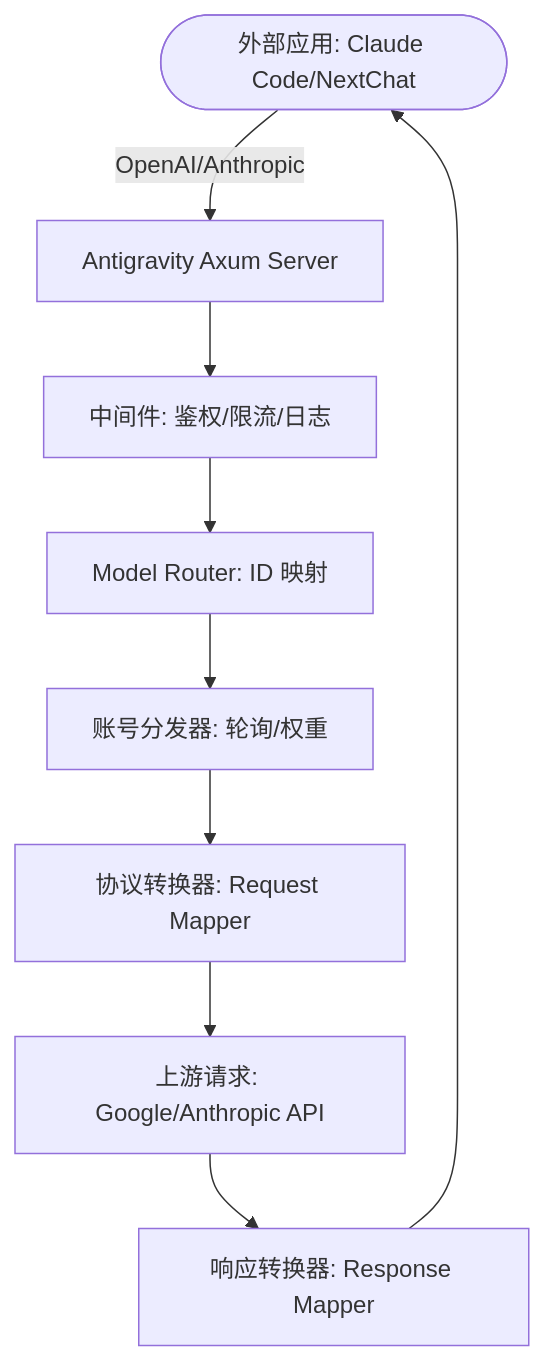
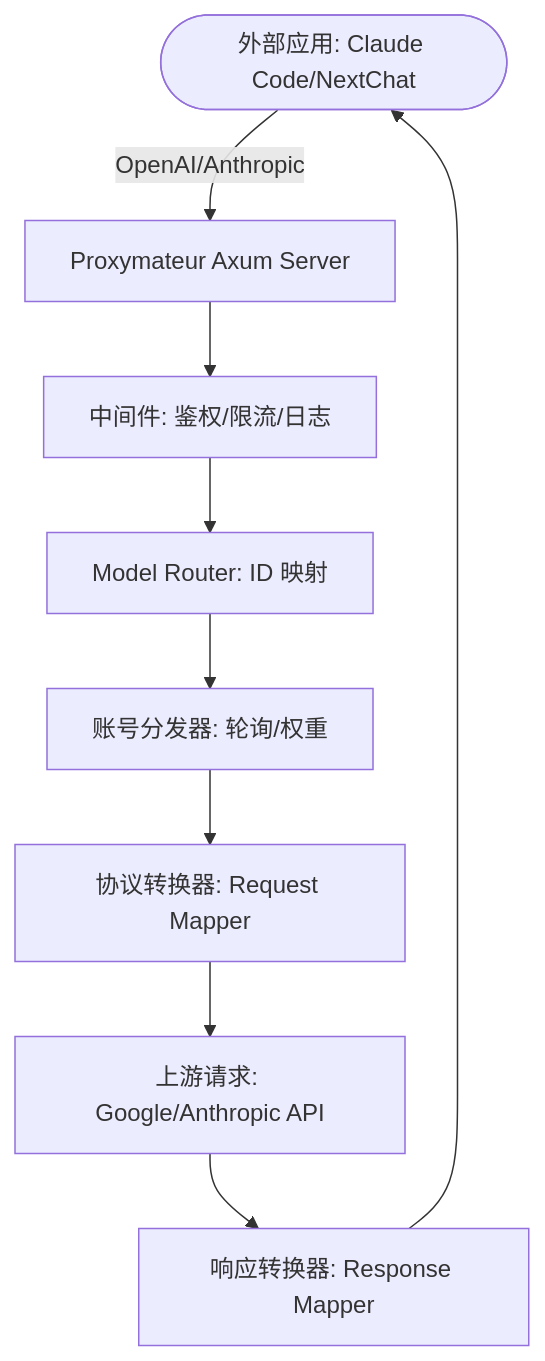
The diagram in README_ZH.md (52191314/Antigravity-Manager), drawn with Mermaid before and after one commit. The commit also changed other lines of this file and 224 other files, not shown here.

````diff
--- a/README_ZH.md
+++ b/README_ZH.md
@@ -122,11 +124,11 @@
 ```mermaid
 graph TD
-    Client([外部应用: Claude Code/NextChat]) -->|OpenAI/Anthropic| Gateway[Antigravity Axum Server]
+    Client([外部应用: Claude Code/NextChat]) -->|OpenAI/Anthropic| Gateway[Proxymateur Axum Server]
     Gateway --> Middleware[中间件: 鉴权/限流/日志]
     Middleware --> Router[Model Router: ID 映射]
     Router --> Dispatcher[账号分发器: 轮询/权重]
     Dispatcher --> Mapper[协议转换器: Request Mapper]
     Mapper --> Upstream[上游请求: Google/Anthropic API]
     Upstream --> ResponseMapper[响应转换器: Response Mapper]
     ResponseMapper --> Client
 ```
````
